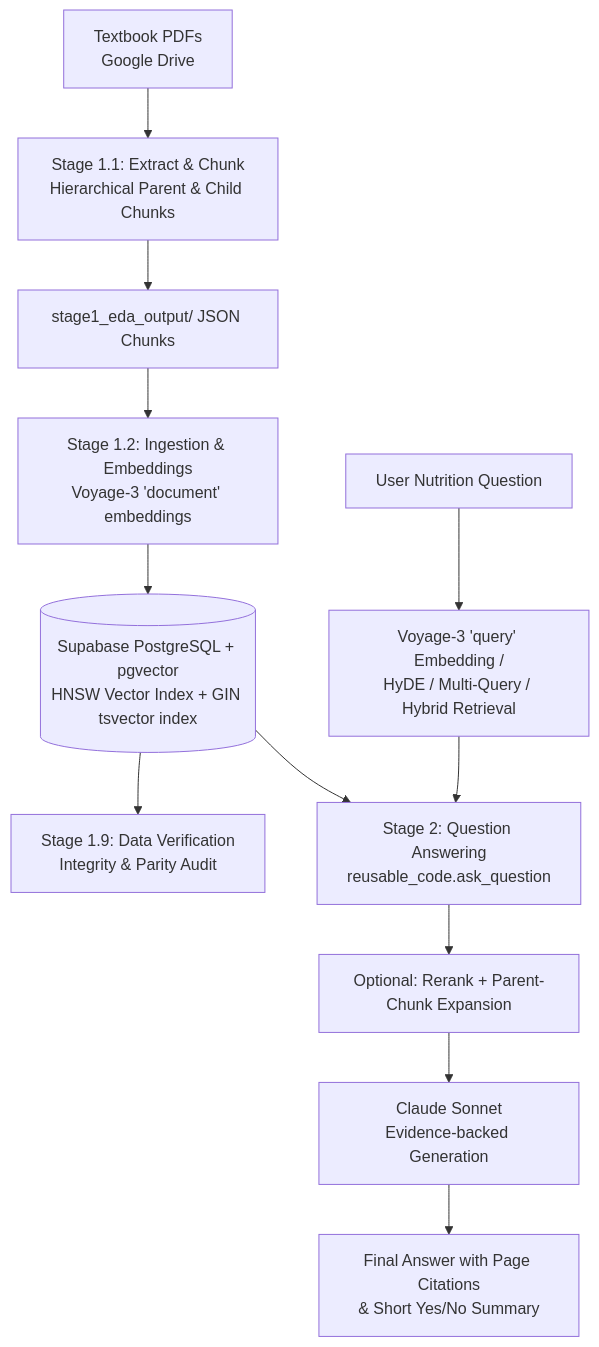
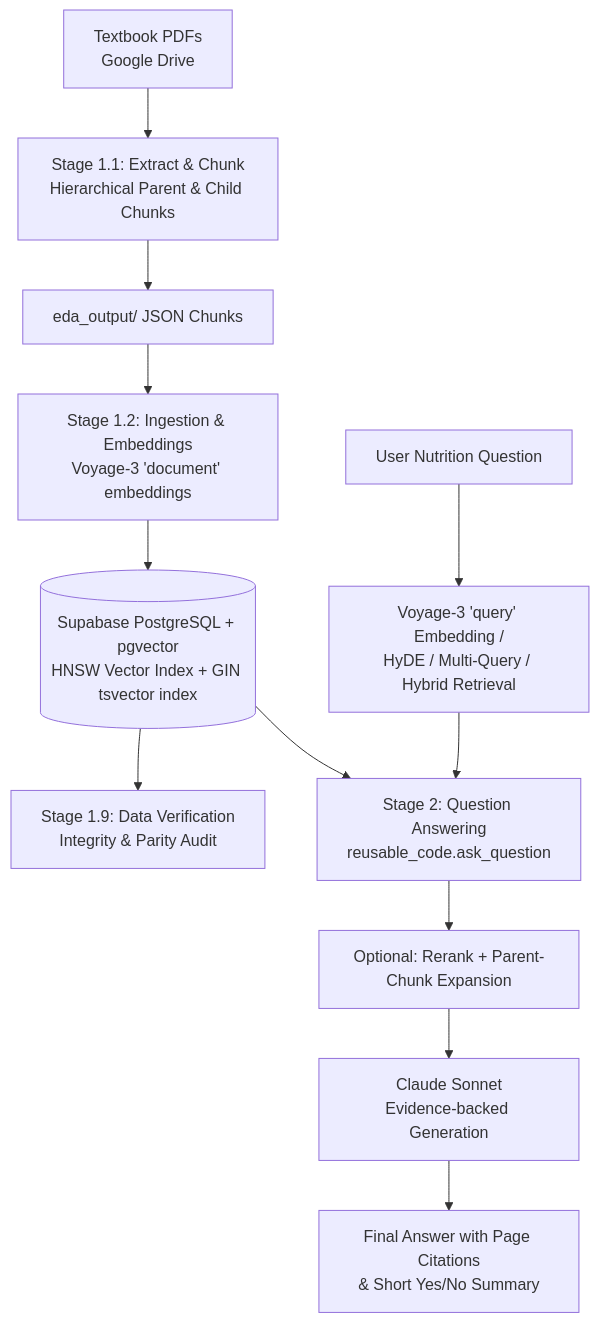
One commit to fotomain/RAG11-nutriciology changed the diagram in README.md. Above: the diagram before and after it, drawn with Mermaid. The commit also changed other lines of this file and 27738 other files, not shown here.

Commit message:
Update py/eda/stage1_0_deep_fetch.ipynb py/eda/stage1_0_eda_fetch_best_sources.ipynb py/eda/stage1_1_eda_extract_and_chunk.ipynb (2026-09-22 17:13:23)

````diff
--- a/README.md
+++ b/README.md
@@ -15,14 +15,14 @@
 ```mermaid
 flowchart TD
     A[Textbook PDFs<br/>Google Drive] --> B[Stage 1.1: Extract & Chunk<br/>Hierarchical Parent & Child Chunks]
-    B --> C[stage1_eda_output/ JSON Chunks]
+    B --> C[eda_output/ JSON Chunks]
     C --> D[Stage 1.2: Ingestion & Embeddings<br/>Voyage-3 'document' embeddings]
     D --> E[(Supabase PostgreSQL + pgvector<br/>HNSW Vector Index + GIN tsvector index)]
     E --> F[Stage 1.9: Data Verification<br/>Integrity & Parity Audit]
     E --> G[Stage 2: Question Answering<br/>reusable_code.ask_question]
     H[User Nutrition Question] --> I[Voyage-3 'query' Embedding /<br/>HyDE / Multi-Query / Hybrid Retrieval]
     I --> G
     G --> R[Optional: Rerank + Parent-Chunk Expansion]
     R --> J[Claude Sonnet<br/>Evidence-backed Generation]
     J --> K[Final Answer with Page Citations<br/>& Short Yes/No Summary]
 ```
````
